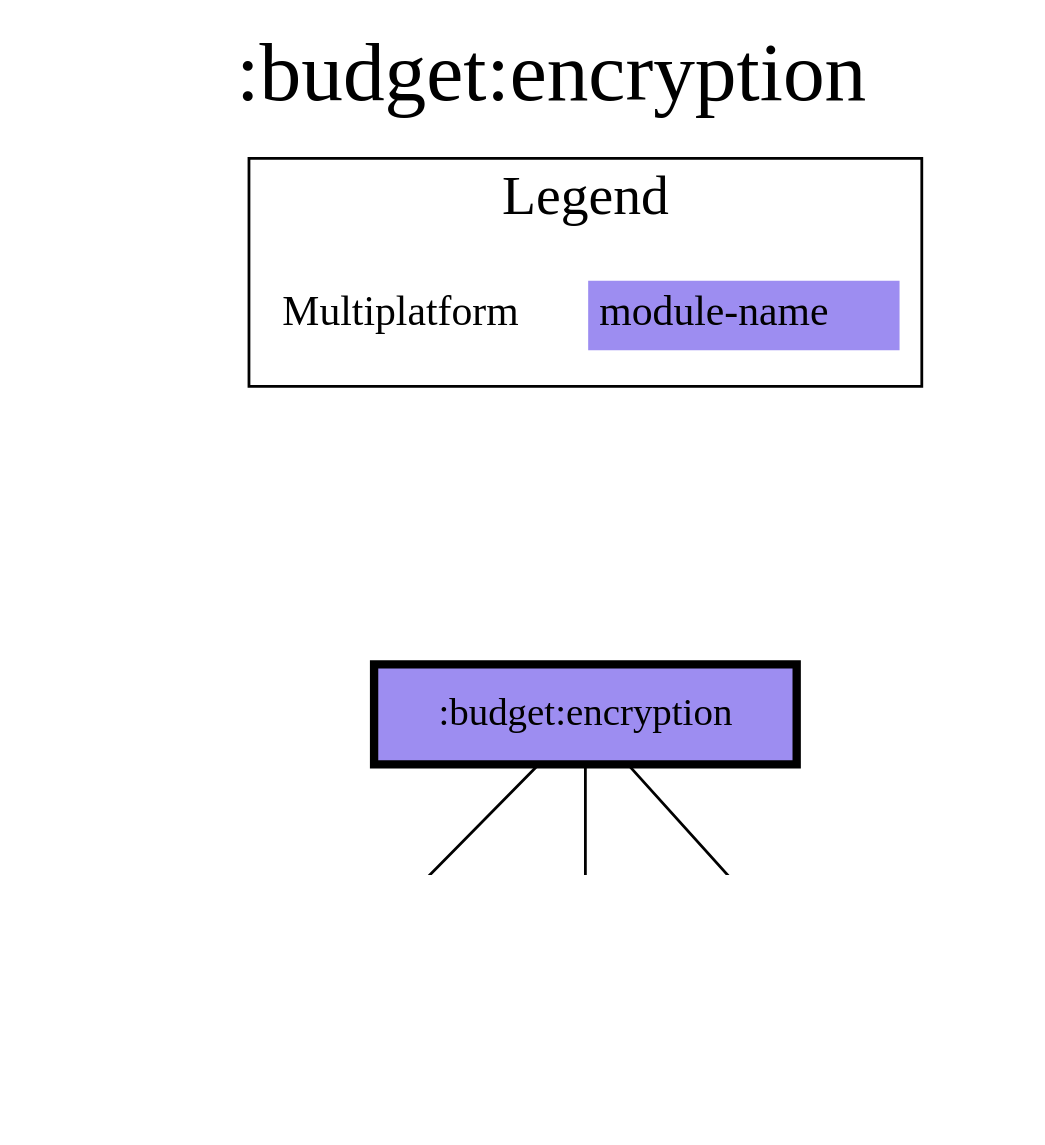
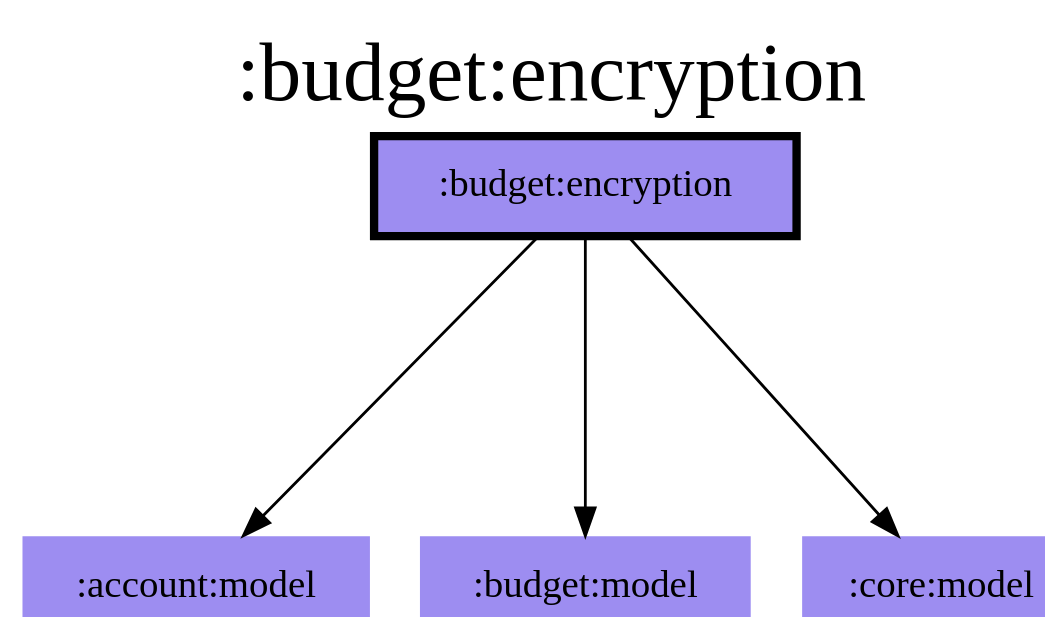
The diagram in modules/budget/encryption/modules.dot (jonapoul/aktual), drawn with Graphviz before and after one commit. The commit also changed 128 other files, not shown here.

```diff
--- a/modules/budget/encryption/modules.dot
+++ b/modules/budget/encryption/modules.dot
@@ -1,26 +1,17 @@
 digraph {
 edge ["dir"="forward"]
 graph ["dpi"="100","label"=":budget:encryption","labelloc"="t","fontsize"="30","ranksep"="1.5","rankdir"="TB"]
 node ["style"="filled"]
 ":account:model" ["fillcolor"="#9D8DF1","shape"="none"]
 ":budget:encryption" ["fillcolor"="#9D8DF1","color"="black","penwidth"="3","shape"="box"]
 ":budget:model" ["fillcolor"="#9D8DF1","shape"="none"]
 ":core:model" ["fillcolor"="#9D8DF1","shape"="none"]
 {
 edge ["dir"="none"]
 graph ["rank"="same"]
 ":budget:encryption"
 }
 ":budget:encryption" -> ":account:model"
 ":budget:encryption" -> ":budget:model"
 ":budget:encryption" -> ":core:model"
-subgraph "cluster_legend" {
-edge ["dir"="none"]
-graph ["label"="Legend","fontsize"="20"]
-"Legend" ["style"="filled","fillcolor"="#FFFFFF","shape"="none","margin"="0","fontsize"="15","label"=<
-<TABLE BORDER="0" CELLBORDER="0" CELLSPACING="0" CELLPADDING="4">
-<TR><TD>Multiplatform</TD><TD BGCOLOR="#9D8DF1">module-name</TD></TR>
-</TABLE>
->]
-} -> ":budget:encryption" ["style"="invis"]
 }
```
